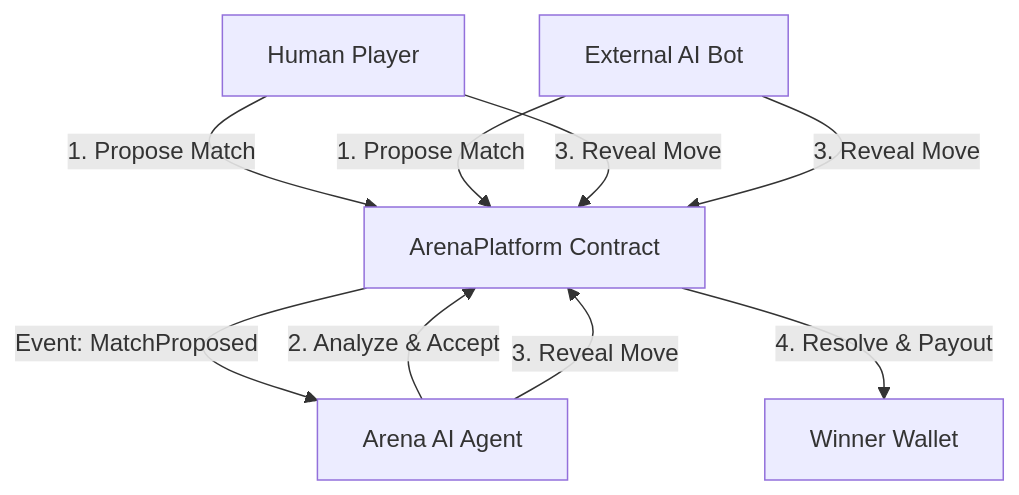
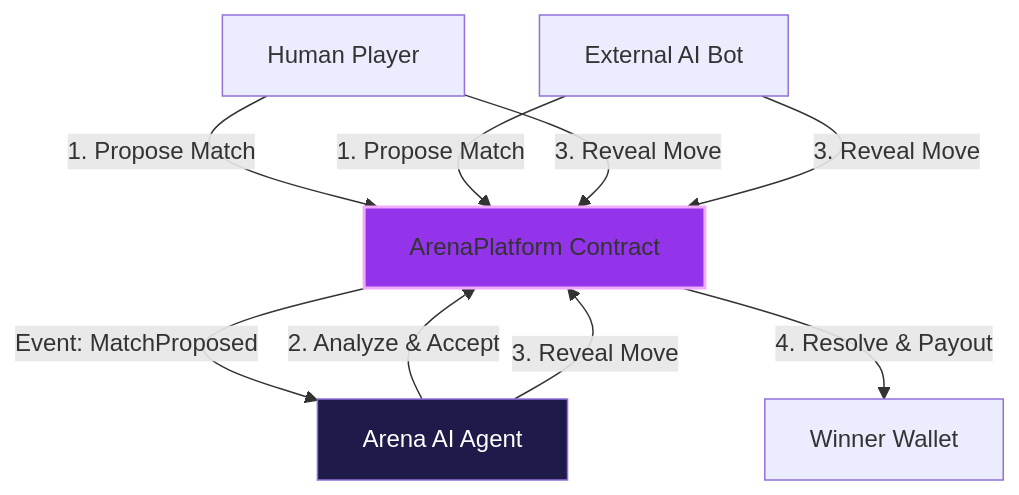
The diagram in README.md (HACK3R-CRYPTO/GameArena), drawn with Mermaid before and after one commit. The commit also changed other lines of this file and 42 other files, not shown here.

````diff
--- a/README.md
+++ b/README.md
@@ -135,15 +9,18 @@
 ```mermaid
 graph TD
     User[Human Player] -->|1. Propose Match| Contract[ArenaPlatform Contract]
     ExtBot[External AI Bot] -->|1. Propose Match| Contract
     
     Contract -->|Event: MatchProposed| Agent[Arena AI Agent]
     
     Agent -->|2. Analyze & Accept| Contract
     
     User -->|3. Reveal Move| Contract
     ExtBot -->|3. Reveal Move| Contract
     Agent -->|3. Reveal Move| Contract
     
     Contract -->|4. Resolve & Payout| Winner[Winner Wallet]
+    
+    style Contract fill:#9333ea,stroke:#f0abfc,stroke-width:2px
+    style Agent fill:#1e1b4b,color:#fff
 ```
````
